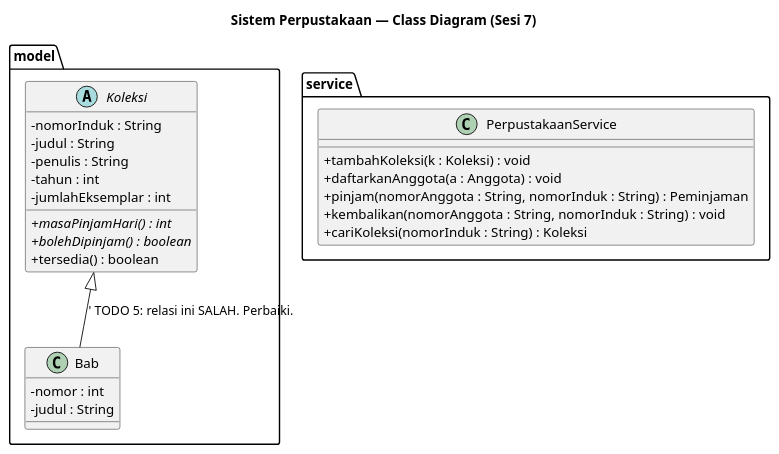
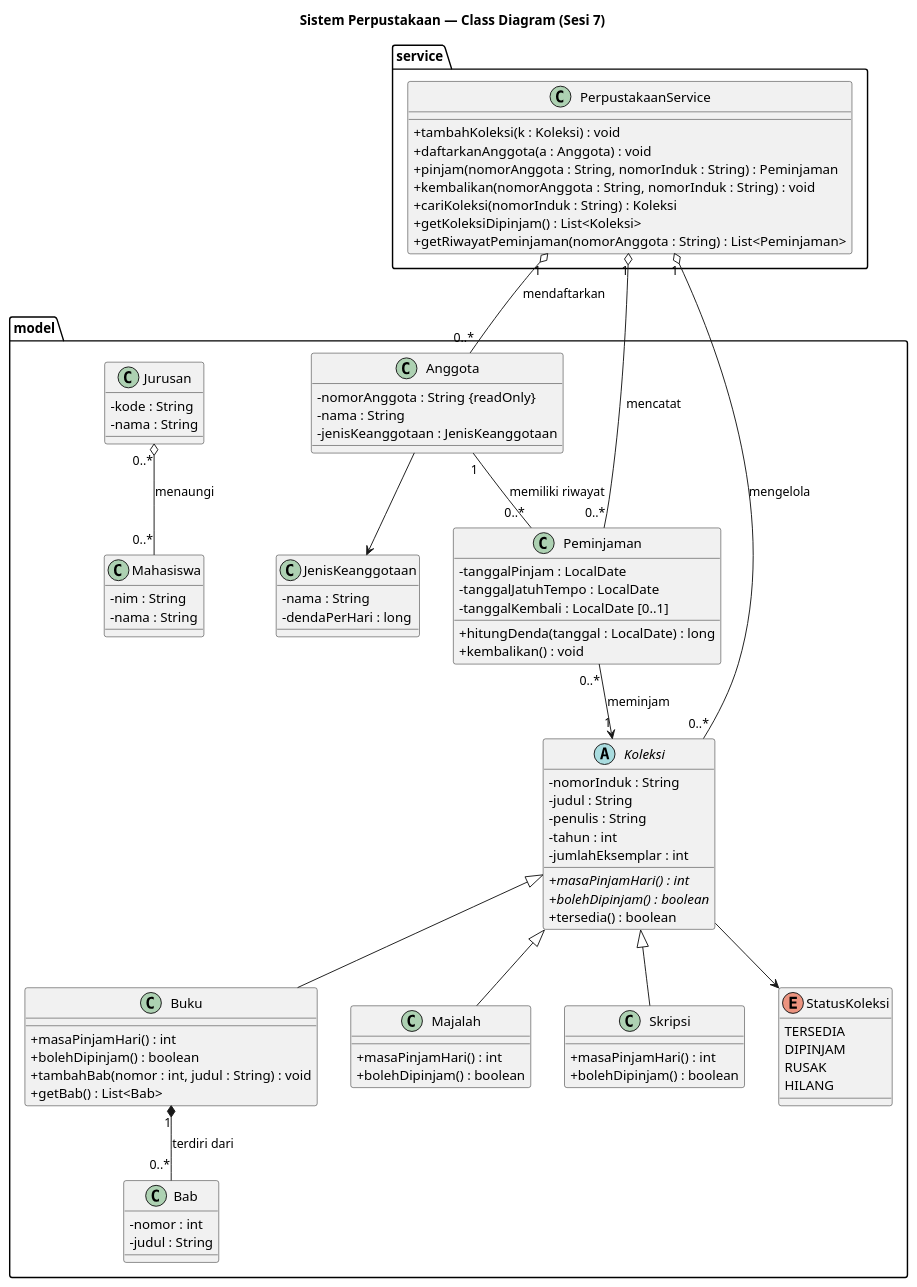
One commit to nyqowii/4525210135_QowiyulAmin_PBO_A changed the diagram in Pert-07/uml/perpustakaan-kerangka.puml. Above: the diagram before and after it, drawn with PlantUML. The commit also changed 17 other files, not shown here.

```diff
--- a/Pert-07/uml/perpustakaan-kerangka.puml
+++ b/Pert-07/uml/perpustakaan-kerangka.puml
@@ -1,64 +1,123 @@
 @startuml perpustakaan-class
 title Sistem Perpustakaan — Class Diagram (Sesi 7)
 
 skinparam classAttributeIconSize 0
 skinparam shadowing false
 
 ' ─────────────────────────────────────────────────────────────
 ' KERANGKA. Lengkapi setiap bagian bertanda TODO.
 ' Setiap kelas di sini harus ada di kode Anda, dan sebaliknya.
 ' ─────────────────────────────────────────────────────────────
 
 package model {
 
   abstract class Koleksi {
     - nomorInduk : String
     - judul : String
     - penulis : String
     - tahun : int
     - jumlahEksemplar : int
     + {abstract} masaPinjamHari() : int
     + {abstract} bolehDipinjam() : boolean
     + tersedia() : boolean
   }
 
   ' TODO 1: tambahkan tiga turunan Koleksi — Buku, Majalah, Skripsi.
   '         Perhatikan masa pinjam masing-masing.
 
+  class Buku {
+    + masaPinjamHari() : int
+    + bolehDipinjam() : boolean
+    + tambahBab(nomor : int, judul : String) : void
+    + getBab() : List<Bab>
+  }
+  class Majalah {
+    + masaPinjamHari() : int
+    + bolehDipinjam() : boolean
+  }
+  class Skripsi {
+    + masaPinjamHari() : int
+    + bolehDipinjam() : boolean
+  }
+
   class Bab {
     - nomor : int
     - judul : String
   }
+  class Jurusan {
+    - kode : String
+    - nama : String
+  }
+  class Mahasiswa {
+    - nim : String
+    - nama : String
+  }
 
   ' TODO 2: tambahkan kelas Anggota dan Peminjaman beserta atributnya.
+  class Anggota {
+    - nomorAnggota : String {readOnly}
+    - nama : String
+    - jenisKeanggotaan : JenisKeanggotaan
+  }
+  class Peminjaman {
+    - tanggalPinjam : LocalDate
+    - tanggalJatuhTempo : LocalDate
+    - tanggalKembali : LocalDate [0..1]
+    + hitungDenda(tanggal : LocalDate) : long
+    + kembalikan() : void
+  }
 
   ' TODO 3: tambahkan enum StatusKoleksi dan enum/kelas JenisKeanggotaan.
+  enum StatusKoleksi {
+    TERSEDIA
+    DIPINJAM
+    RUSAK
+    HILANG
+  }
+  class JenisKeanggotaan {
+    - nama : String
+    - dendaPerHari : long
+  }
 
   ' ── RELASI ───────────────────────────────────────────────
   ' TODO 4: lengkapi relasi berikut. Untuk setiap relasi, tentukan
   '         derajat keterikatannya DAN tulis multiplicity di kedua ujung.
   '
   '   Notasi:  *--  komposisi   o--  agregasi   -->  asosiasi   ..>  dependensi
   '
   ' Buku ? Bab                 -> pikirkan: bab bisa hidup tanpa buku?
   ' Anggota ? Peminjaman       -> pikirkan: peminjaman bisa hidup tanpa anggota?
   ' Peminjaman ? Koleksi       -> pikirkan: koleksi bisa hidup tanpa peminjaman?
 
-  Koleksi <|-- Bab : ' TODO 5: relasi ini SALAH. Perbaiki.
+  ' TODO 5: relasi ini SALAH. Perbaiki.
+  Koleksi <|-- Buku
+  Koleksi <|-- Majalah
+  Koleksi <|-- Skripsi
+  Buku "1" *-- "0..*" Bab : terdiri dari
+  Jurusan "0..*" o-- "0..*" Mahasiswa : menaungi
+  Anggota "1" -- "0..*" Peminjaman : memiliki riwayat
+  Peminjaman "0..*" --> "1" Koleksi : meminjam
+  Koleksi --> StatusKoleksi
+  Anggota --> JenisKeanggotaan
 
 }
 
 package service {
   class PerpustakaanService {
     + tambahKoleksi(k : Koleksi) : void
     + daftarkanAnggota(a : Anggota) : void
     + pinjam(nomorAnggota : String, nomorInduk : String) : Peminjaman
     + kembalikan(nomorAnggota : String, nomorInduk : String) : void
     + cariKoleksi(nomorInduk : String) : Koleksi
+    + getKoleksiDipinjam() : List<Koleksi>
+    + getRiwayatPeminjaman(nomorAnggota : String) : List<Peminjaman>
   }
 
   ' TODO 6: tambahkan relasi antara PerpustakaanService dengan Koleksi
   '         dan Anggota. Agregasi atau komposisi? Beri alasannya di analisis.md.
+  PerpustakaanService "1" o-- "0..*" Koleksi : mengelola
+  PerpustakaanService "1" o-- "0..*" Anggota : mendaftarkan
+  PerpustakaanService "1" o-- "0..*" Peminjaman : mencatat
 }
 
 @enduml
```
